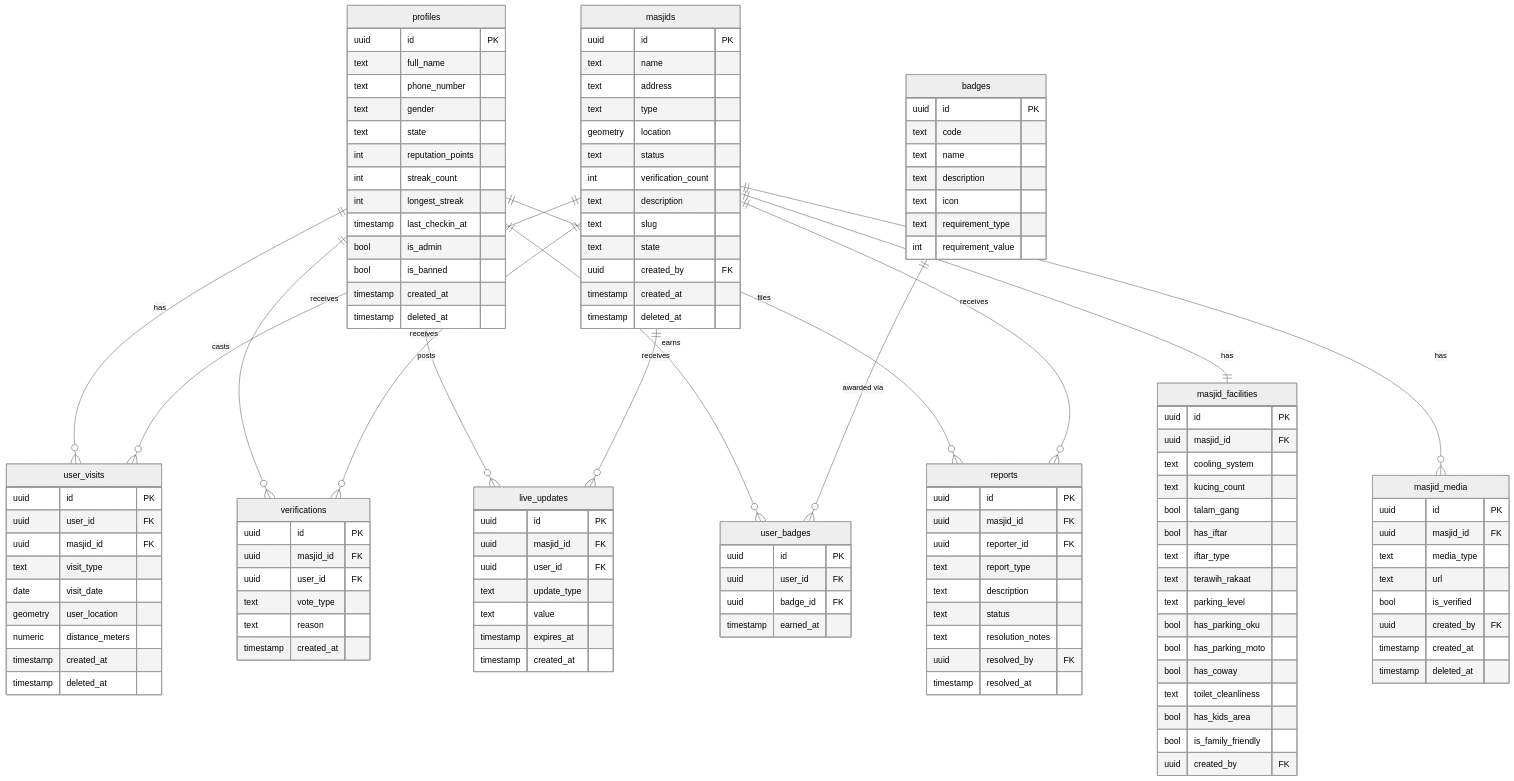
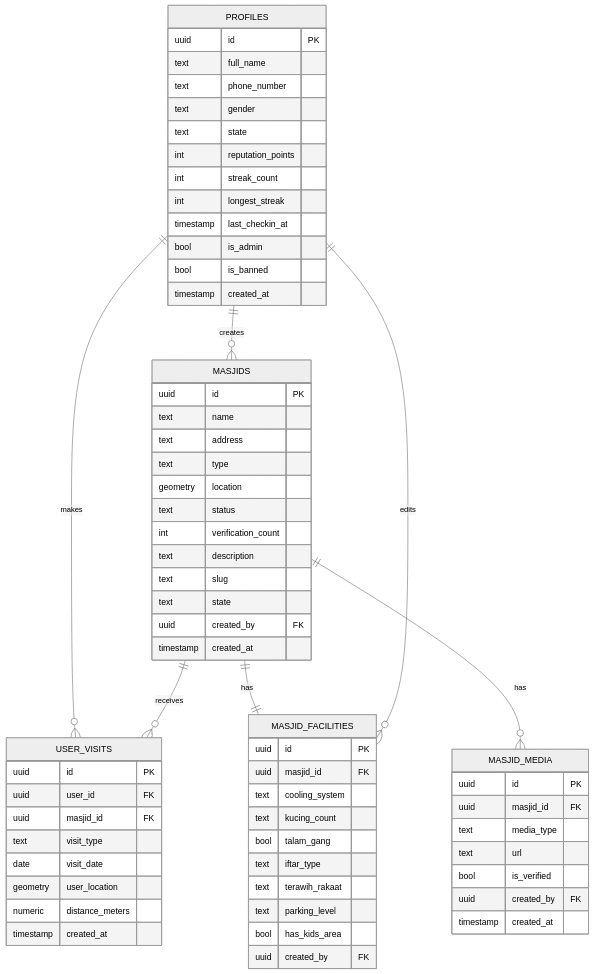
One commit to snsyaqirah/SinggahLuhh changed the ninth of 18 diagrams in README.md. Above: the diagram before and after it, drawn with Mermaid (neutral theme). The commit also changed other lines of this file, not shown here.

Commit message:
Implement feature X to enhance user experience and fix bug Y in module Z

````diff
--- a/README.md
+++ b/README.md
@@ -337,6 +433,6 @@
 ```mermaid
 erDiagram
-    profiles {
+    PROFILES {
         uuid id PK
         text full_name
         text phone_number
@@ -349,10 +445,9 @@
         bool is_admin
         bool is_banned
         timestamp created_at
-        timestamp deleted_at
     }
 
-    masjids {
+    MASJIDS {
         uuid id PK
         text name
         text address
@@ -365,29 +460,22 @@
         text state
         uuid created_by FK
         timestamp created_at
-        timestamp deleted_at
     }
 
-    masjid_facilities {
+    MASJID_FACILITIES {
         uuid id PK
         uuid masjid_id FK
         text cooling_system
         text kucing_count
         bool talam_gang
-        bool has_iftar
         text iftar_type
         text terawih_rakaat
         text parking_level
-        bool has_parking_oku
-        bool has_parking_moto
-        bool has_coway
-        text toilet_cleanliness
         bool has_kids_area
-        bool is_family_friendly
         uuid created_by FK
     }
 
-    masjid_media {
+    MASJID_MEDIA {
         uuid id PK
         uuid masjid_id FK
         text media_type
@@ -395,10 +483,9 @@
         bool is_verified
         uuid created_by FK
         timestamp created_at
-        timestamp deleted_at
     }
 
-    user_visits {
+    USER_VISITS {
         uuid id PK
         uuid user_id FK
         uuid masjid_id FK
@@ -407,67 +494,12 @@
         geometry user_location
         numeric distance_meters
         timestamp created_at
-        timestamp deleted_at
     }
 
-    verifications {
-        uuid id PK
-        uuid masjid_id FK
-        uuid user_id FK
-        text vote_type
-        text reason
-        timestamp created_at
-    }
-
-    live_updates {
-        uuid id PK
-        uuid masjid_id FK
-        uuid user_id FK
-        text update_type
-        text value
-        timestamp expires_at
-        timestamp created_at
-    }
-
-    badges {
-        uuid id PK
-        text code
-        text name
-        text description
-        text icon
-        text requirement_type
-        int requirement_value
-    }
-
-    user_badges {
-        uuid id PK
-        uuid user_id FK
-        uuid badge_id FK
-        timestamp earned_at
-    }
-
-    reports {
-        uuid id PK
-        uuid masjid_id FK
-        uuid reporter_id FK
-        text report_type
-        text description
-        text status
-        text resolution_notes
-        uuid resolved_by FK
-        timestamp resolved_at
-    }
-
-    profiles ||--o{ user_visits : "has"
-    profiles ||--o{ verifications : "casts"
-    profiles ||--o{ live_updates : "posts"
-    profiles ||--o{ user_badges : "earns"
-    profiles ||--o{ reports : "files"
-    masjids ||--|| masjid_facilities : "has"
-    masjids ||--o{ masjid_media : "has"
-    masjids ||--o{ user_visits : "receives"
-    masjids ||--o{ verifications : "receives"
-    masjids ||--o{ live_updates : "receives"
-    masjids ||--o{ reports : "receives"
-    badges ||--o{ user_badges : "awarded via"
+    PROFILES ||--o{ USER_VISITS : "makes"
+    MASJIDS ||--|| MASJID_FACILITIES : "has"
+    MASJIDS ||--o{ MASJID_MEDIA : "has"
+    MASJIDS ||--o{ USER_VISITS : "receives"
+    PROFILES ||--o{ MASJIDS : "creates"
+    PROFILES ||--o{ MASJID_FACILITIES : "edits"
 ```
````
